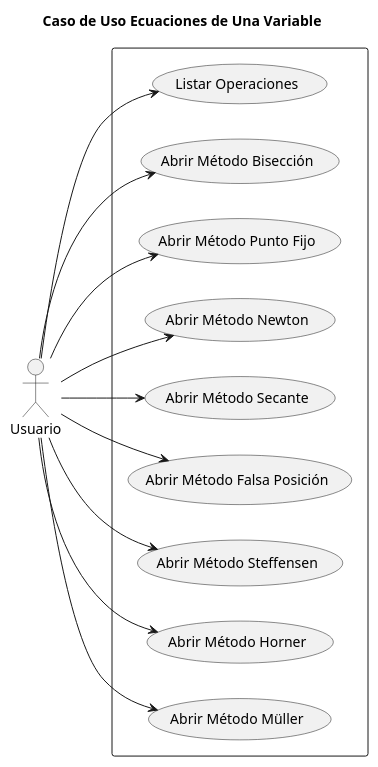
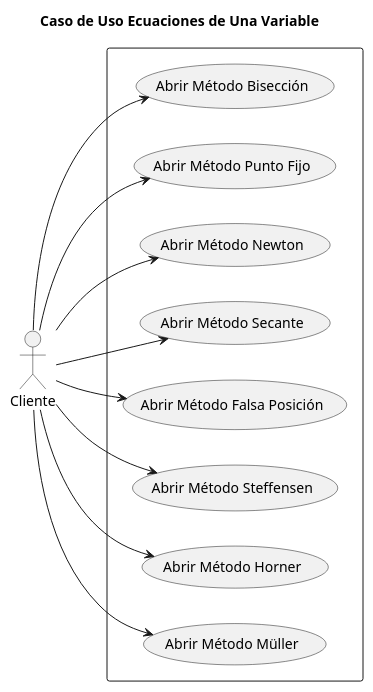
The diagram in casosDeUso/casosUsoEcuacionesUnaVariable/casoUsoEcuacionesUnaVariable.puml (rodri5villa/numath-API), drawn with PlantUML before and after one commit. The commit also changed 30 other files, not shown here.

```diff
--- a/casosDeUso/casosUsoEcuacionesUnaVariable/casoUsoEcuacionesUnaVariable.puml
+++ b/casosDeUso/casosUsoEcuacionesUnaVariable/casoUsoEcuacionesUnaVariable.puml
@@ -1,31 +1,29 @@
 @startuml
 
 title Caso de Uso Ecuaciones de Una Variable
 
 left to right direction
 
-actor Usuario as user
+actor Cliente as user
 
 rectangle  {
-    usecase "Listar Operaciones" as listarOper
     usecase "Abrir Método Bisección" as bisection
     usecase "Abrir Método Punto Fijo" as fixedPoint
     usecase "Abrir Método Newton" as newton
     usecase "Abrir Método Secante" as secant
     usecase "Abrir Método Falsa Posición" as falsePosition
     usecase "Abrir Método Steffensen" as steffensen
     usecase "Abrir Método Horner" as horner
     usecase "Abrir Método Müller" as müller
 }
 
-user --> listarOper: ""
 user --> bisection: ""
 user --> fixedPoint: ""
 user --> newton: ""
 user --> secant: ""
 user --> falsePosition: ""
 user --> steffensen: ""
 user --> horner: ""
 user --> müller: ""
 
 @enduml
```
